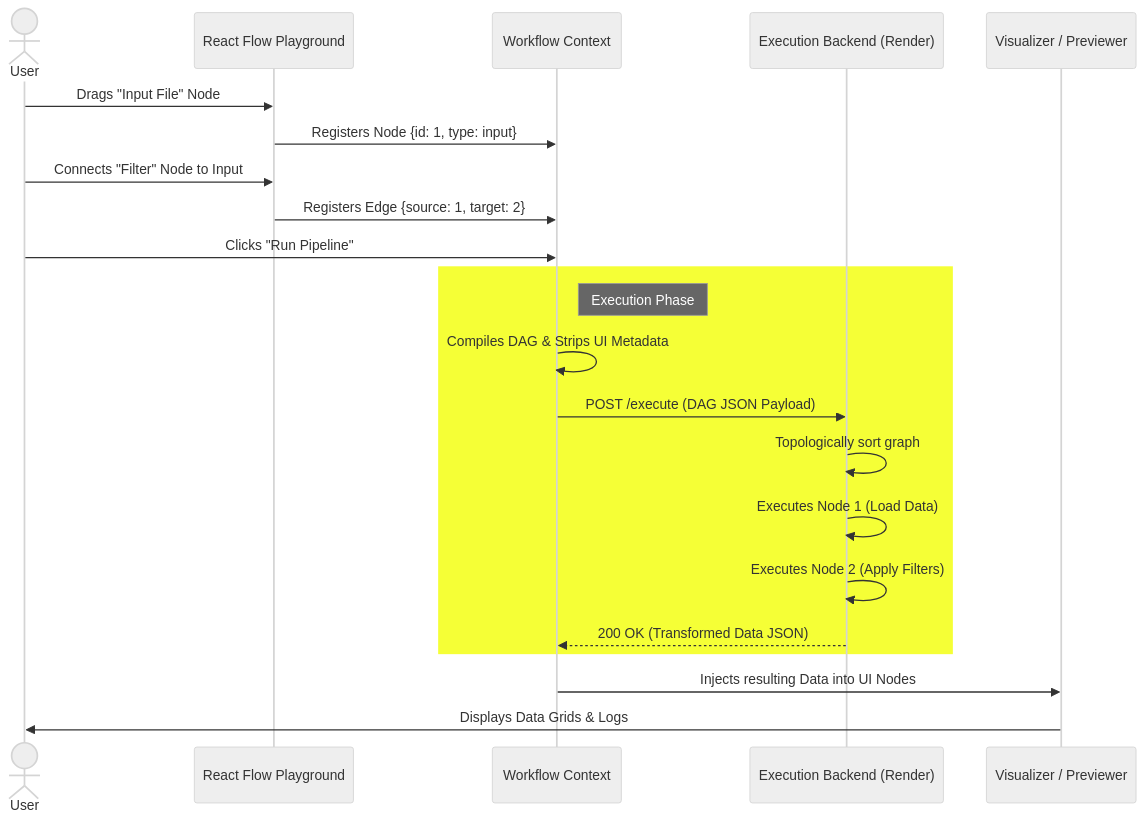
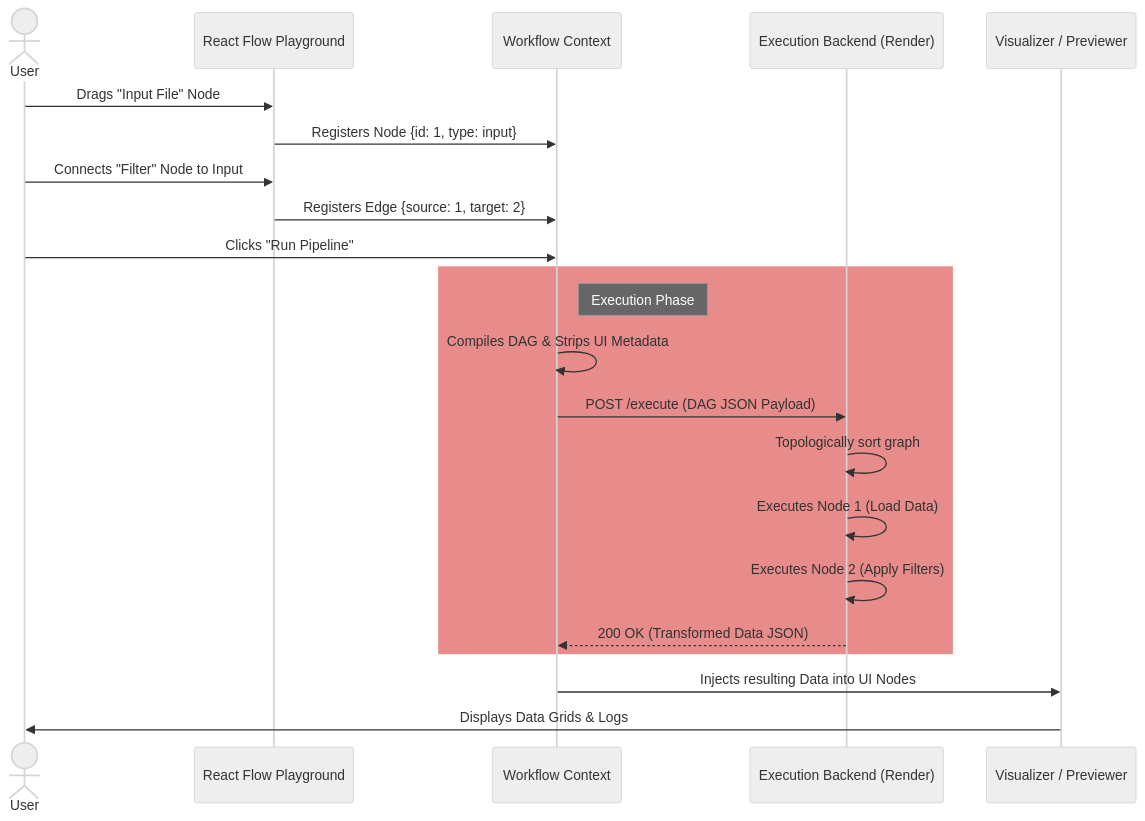
Before and after one commit to Luckyhunt/ETL-Workflow-Creator-using-Node-Based-Visual-Programming: the third of 8 diagrams in README.md, drawn with Mermaid (neutral theme).

Commit message:
updated color

````diff
--- a/README.md
+++ b/README.md
@@ -82,27 +82,27 @@
 ```mermaid
 sequenceDiagram
     actor User
     participant Canvas as React Flow Playground
     participant State as Workflow Context
     participant Engine as Execution Backend (Render)
     participant Output as Visualizer / Previewer
 
     User->>Canvas: Drags "Input File" Node
     Canvas->>State: Registers Node {id: 1, type: input}
     User->>Canvas: Connects "Filter" Node to Input
     Canvas->>State: Registers Edge {source: 1, target: 2}
     User->>State: Clicks "Run Pipeline"
     
-    rect rgba(245, 255, 54, 1)
+    rect rgba(231, 139, 139, 1)
     note right of State: Execution Phase
     State->>State: Compiles DAG & Strips UI Metadata
     State->>Engine: POST /execute (DAG JSON Payload)
     Engine->>Engine: Topologically sort graph
     Engine->>Engine: Executes Node 1 (Load Data)
     Engine->>Engine: Executes Node 2 (Apply Filters)
     Engine-->>State: 200 OK (Transformed Data JSON)
     end
     
     State->>Output: Injects resulting Data into UI Nodes
     Output->>User: Displays Data Grids & Logs
 ```
````
